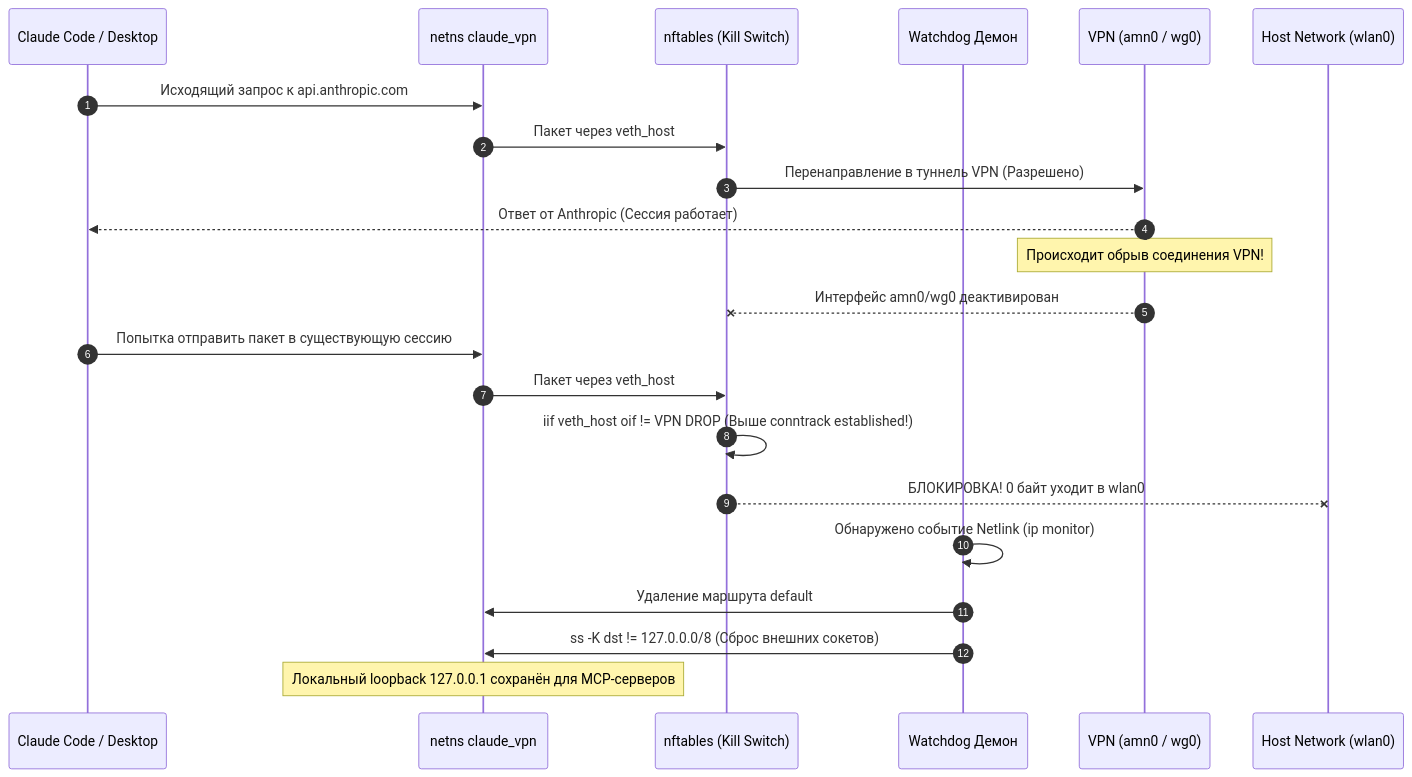
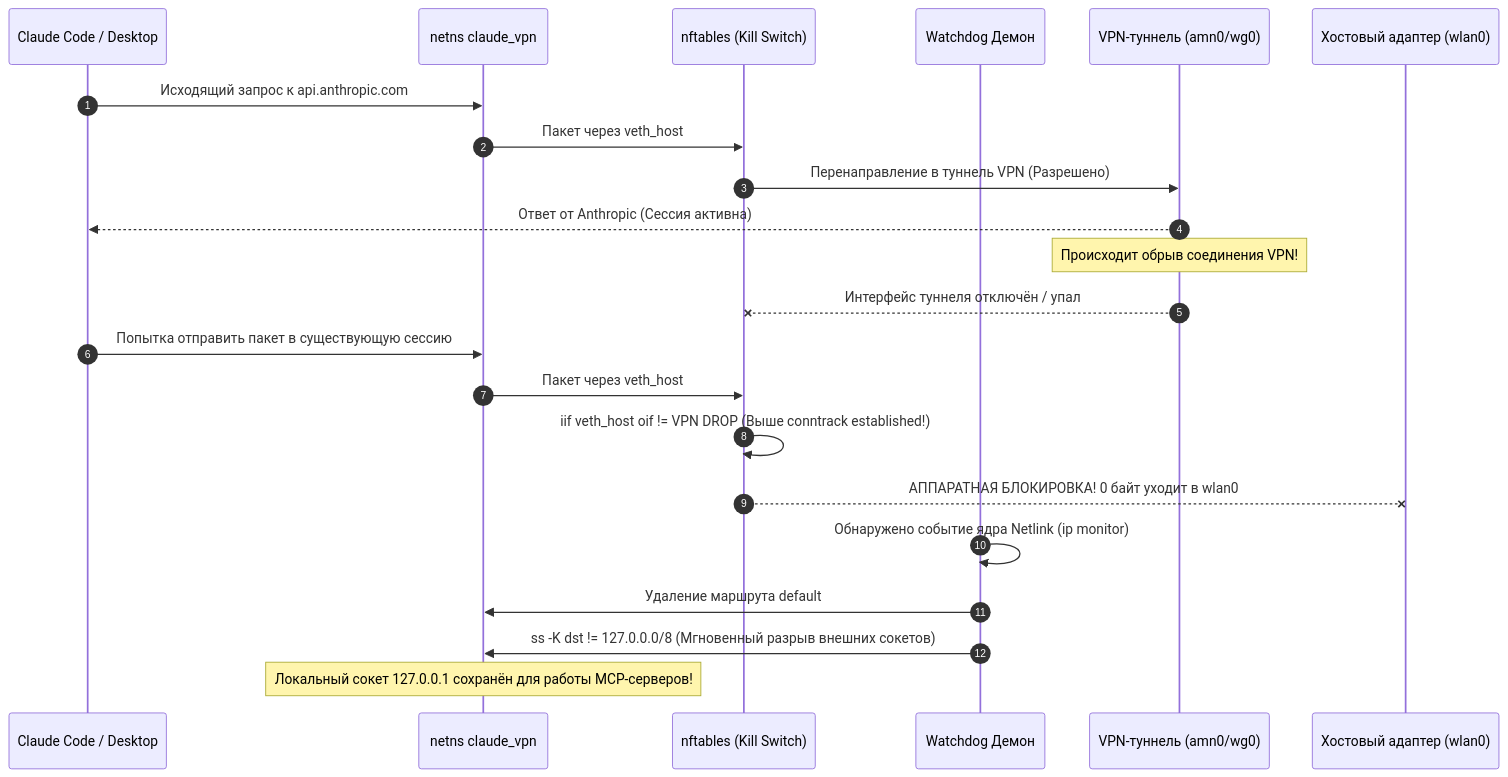
The second of 2 diagrams in README.md (NikitaLozinsky/ClaudeCage_Linux), drawn with Mermaid before and after one commit. The commit also changed other lines of this file, not shown here.

Commit message:
docs: revamp README with high-impact architecture diagrams and threat model

````diff
--- a/README.md
+++ b/README.md
@@ -143,28 +102,28 @@
 ```mermaid
 sequenceDiagram
     autonumber
     participant App as Claude Code / Desktop
     participant Netns as netns claude_vpn
     participant NFT as nftables (Kill Switch)
     participant WD as Watchdog Демон
-    participant VPN as VPN (amn0 / wg0)
-    participant HostNet as Host Network (wlan0)
+    participant VPN as VPN-туннель (amn0/wg0)
+    participant HostNet as Хостовый адаптер (wlan0)
 
     App->>Netns: Исходящий запрос к api.anthropic.com
     Netns->>NFT: Пакет через veth_host
     NFT->>VPN: Перенаправление в туннель VPN (Разрешено)
-    VPN-->>App: Ответ от Anthropic (Сессия работает)
+    VPN-->>App: Ответ от Anthropic (Сессия активна)
 
     Note over VPN: Происходит обрыв соединения VPN!
-    VPN--xNFT: Интерфейс amn0/wg0 деактивирован
+    VPN--xNFT: Интерфейс туннеля отключён / упал
 
     App->>Netns: Попытка отправить пакет в существующую сессию
     Netns->>NFT: Пакет через veth_host
     NFT->>NFT: iif veth_host oif != VPN DROP (Выше conntrack established!)
-    NFT--xHostNet: БЛОКИРОВКА! 0 байт уходит в wlan0
+    NFT--xHostNet: АППАРАТНАЯ БЛОКИРОВКА! 0 байт уходит в wlan0
 
-    WD->>WD: Обнаружено событие Netlink (ip monitor)
+    WD->>WD: Обнаружено событие ядра Netlink (ip monitor)
     WD->>Netns: Удаление маршрута default
-    WD->>Netns: ss -K dst != 127.0.0.0/8 (Сброс внешних сокетов)
-    Note over Netns: Локальный loopback 127.0.0.1 сохранён для MCP-серверов
+    WD->>Netns: ss -K dst != 127.0.0.0/8 (Мгновенный разрыв внешних сокетов)
+    Note over Netns: Локальный сокет 127.0.0.1 сохранён для работы MCP-серверов!
 ```
````
